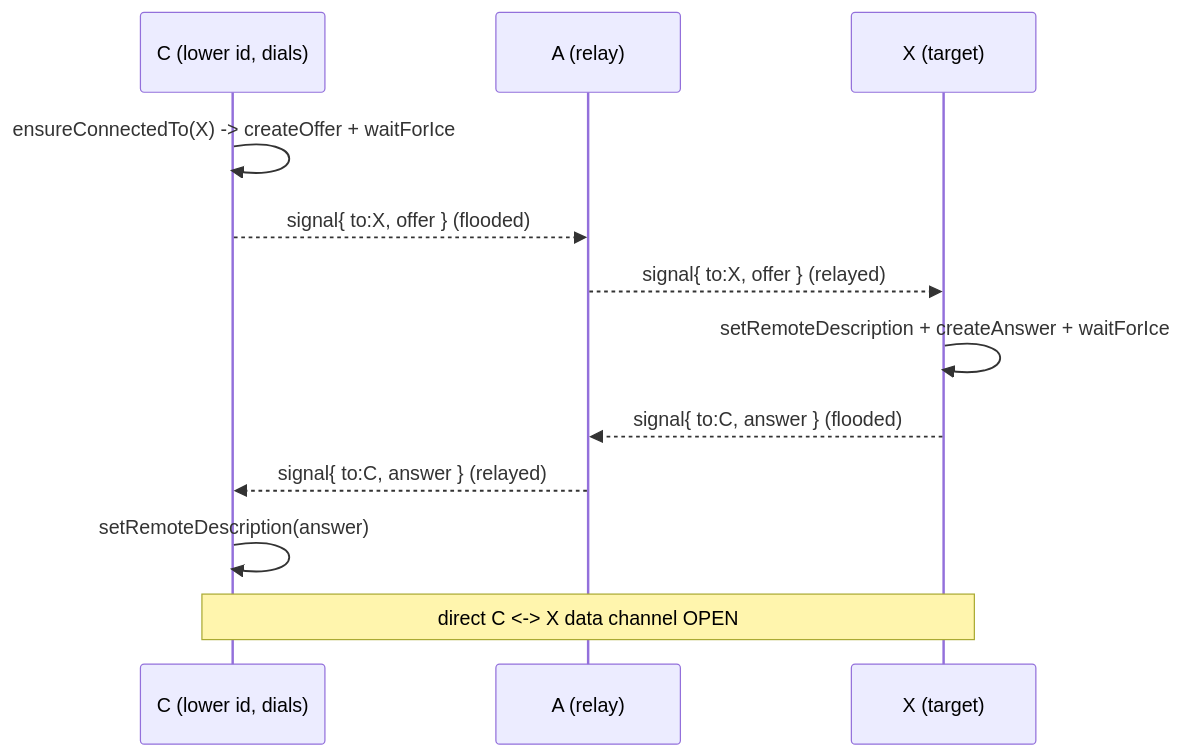
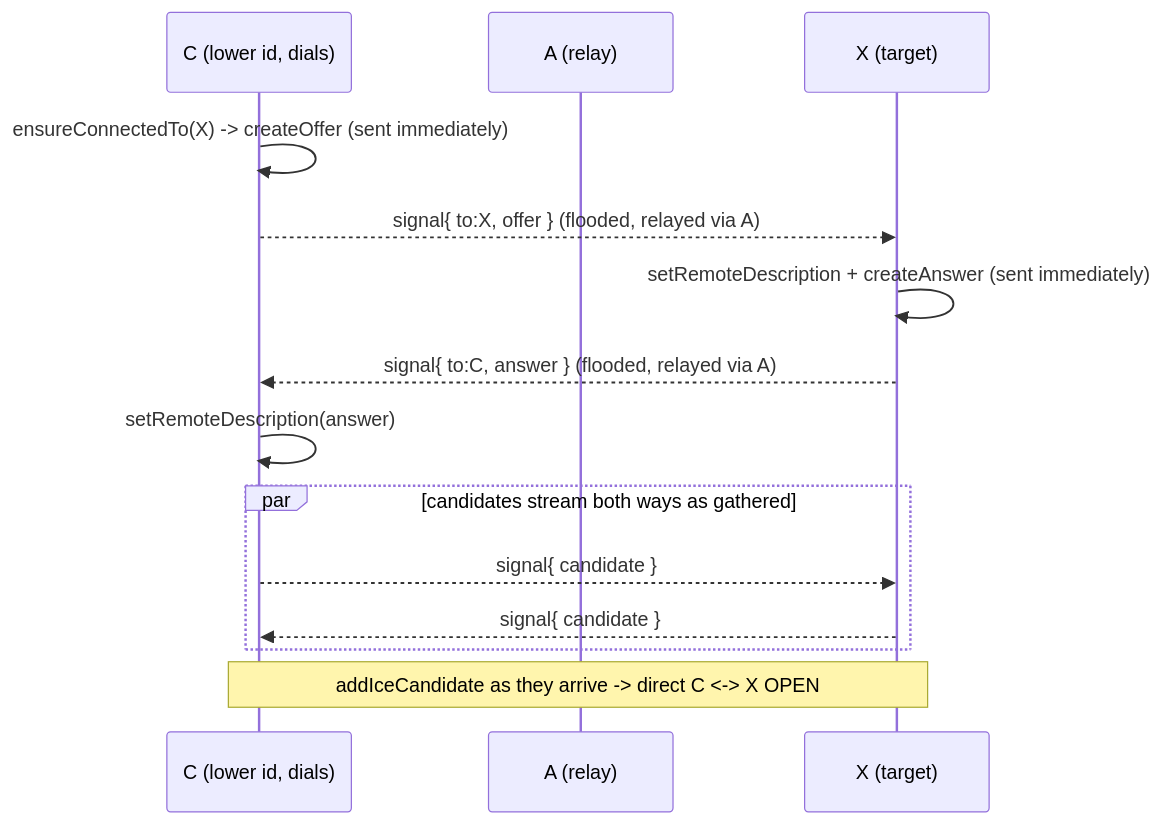
Before and after one commit to Pedjon/planning-poker: the third of 4 diagrams in docs/webrtc.md, drawn with Mermaid. The commit also changed other lines of this file and 3 other files, not shown here.

Commit message:
feat: adds heart beat driven peer connection architecture

````diff
--- a/docs/webrtc.md
+++ b/docs/webrtc.md
@@ -71,14 +71,16 @@
 ```mermaid
 sequenceDiagram
   participant C as C (lower id, dials)
   participant A as A (relay)
   participant X as X (target)
-  C->>C: ensureConnectedTo(X) -> createOffer + waitForIce
-  C-->>A: signal{ to:X, offer }   (flooded)
-  A-->>X: signal{ to:X, offer }   (relayed)
-  X->>X: setRemoteDescription + createAnswer + waitForIce
-  X-->>A: signal{ to:C, answer }  (flooded)
-  A-->>C: signal{ to:C, answer }  (relayed)
+  C->>C: ensureConnectedTo(X) -> createOffer (sent immediately)
+  C-->>X: signal{ to:X, offer }   (flooded, relayed via A)
+  X->>X: setRemoteDescription + createAnswer (sent immediately)
+  X-->>C: signal{ to:C, answer }  (flooded, relayed via A)
   C->>C: setRemoteDescription(answer)
-  Note over C,X: direct C <-> X data channel OPEN
+  par candidates stream both ways as gathered
+    C-->>X: signal{ candidate }
+    X-->>C: signal{ candidate }
+  end
+  Note over C,X: addIceCandidate as they arrive -> direct C <-> X OPEN
 ```
````
